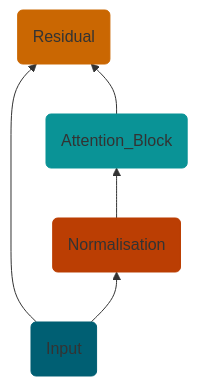
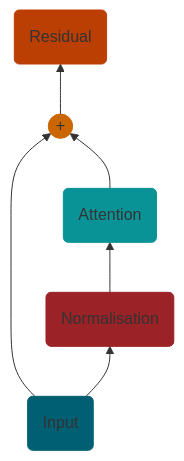
One commit to bl0nder/makespeare changed the second of 3 diagrams in README.md. Above: the diagram before and after it, drawn with Mermaid. The commit also changed other lines of this file, not shown here.

````diff
--- a/README.md
+++ b/README.md
@@ -108,11 +110,13 @@
 ```mermaid
 graph BT;
-id1(Input) --> id4(Normalisation)
-id1(Input) --> id3(Residual)
-id2(Attention_Block) --> id3(Residual)
-id4(Normalisation) --> id2(Attention_Block)
+id1(Input) --> id5(Normalisation)
+id1(Input) --> id3((+))
+id2(Attention) --> id3((+))
+id3((+)) --> id4(Residual)
+id5(Normalisation) --> id2(Attention)
 style id1 fill:#005f73, stroke:#005f73
 style id2 fill:#0a9396, stroke:#0a9396
 style id3 fill:#ca6702, stroke:#ca6702
 style id4 fill:#bb3e03, stroke:#bb3e03
+style id5 fill:#9b2226, stroke:#9b2226
 ```
````
